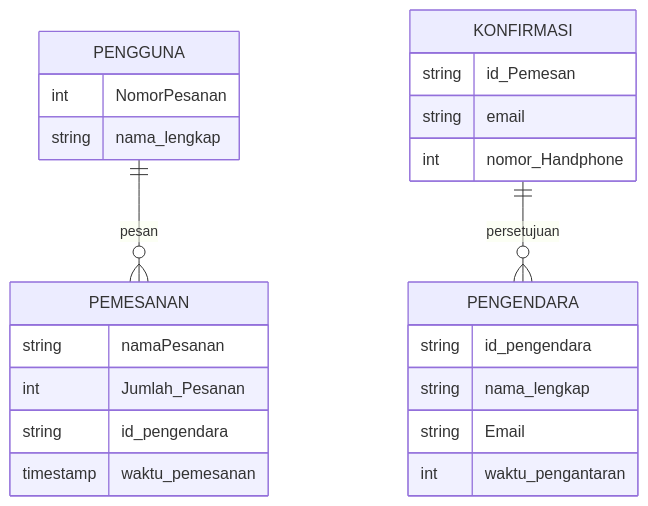
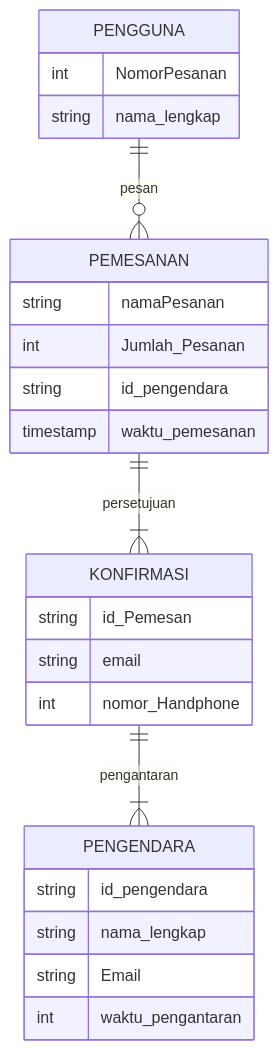
One commit to FauziAbdulMalik/Uzi_am14.12 changed the diagram in job-interview.md. Above: the diagram before and after it, drawn with Mermaid. The commit also changed other lines of this file, not shown here.

````diff
--- a/job-interview.md
+++ b/job-interview.md
@@ -47,29 +47,30 @@
 ```mermaid
 erDiagram
    PENGGUNA ||--o{ PEMESANAN : pesan
     PENGGUNA {
         int    NomorPesanan
         string nama_lengkap
     }
+    PEMESANAN ||--|{ KONFIRMASI : persetujuan 
     PEMESANAN {
         string namaPesanan
         int Jumlah_Pesanan
         string id_pengendara
         timestamp waktu_pemesanan
     }
- KONFIRMASI ||--o{ PENGENDARA  : persetujuan
-    KONFIRMASI {
+ KONFIRMASI ||--|{ PENGENDARA  : pengantaran
+    KONFIRMASI{
         string id_Pemesan
         string email
         int nomor_Handphone
     }
 PENGENDARA {
         string id_pengendara
         string nama_lengkap
         string Email
         int  waktu_pengantaran
     }
 
 
 
 ```
````
